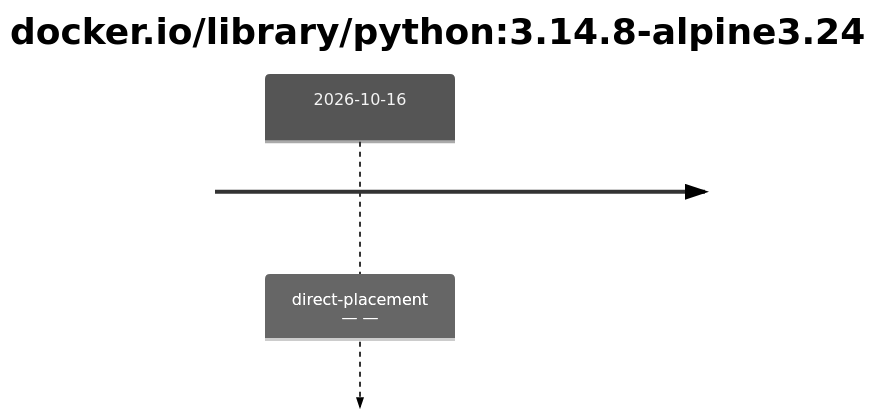
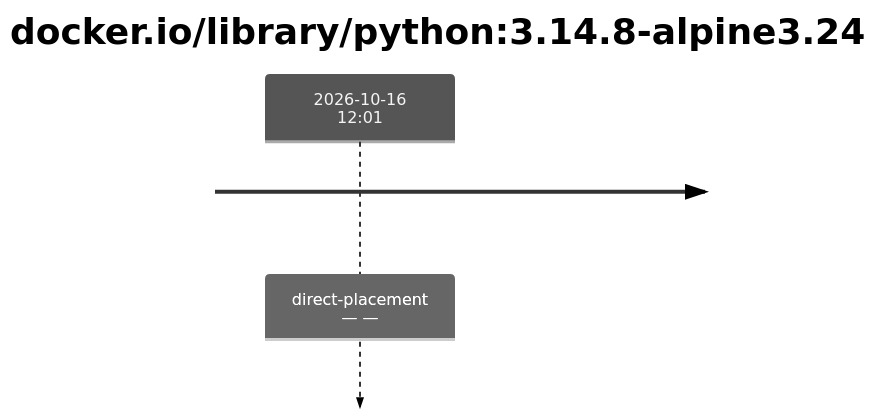
One commit to trivoallan/base-images changed the first of 5 diagrams in results/reports/base-python-3/sha256:267d3fedc02b43d34b8d74d7d8c8e73dd0d8b7c456fcd6ed47eb46b80368230d.md. Above: the diagram before and after it, drawn with Mermaid (neutral theme). The commit also changed other lines of this file and 12 other files, not shown here.

````diff
--- a/results/reports/base-python-3/sha256:267d3fedc02b43d34b8d74d7d8c8e73dd0d8b7c456fcd6ed47eb46b80368230d.md
+++ b/results/reports/base-python-3/sha256:267d3fedc02b43d34b8d74d7d8c8e73dd0d8b7c456fcd6ed47eb46b80368230d.md
@@ -5,5 +5,5 @@
 ```mermaid
 timeline
     title docker.io/library/python#58;3.14.8-alpine3.24
-    2026-10-16 : direct-placement — —
+    2026-10-16 12#58;01 : direct-placement — —
 ```
````
